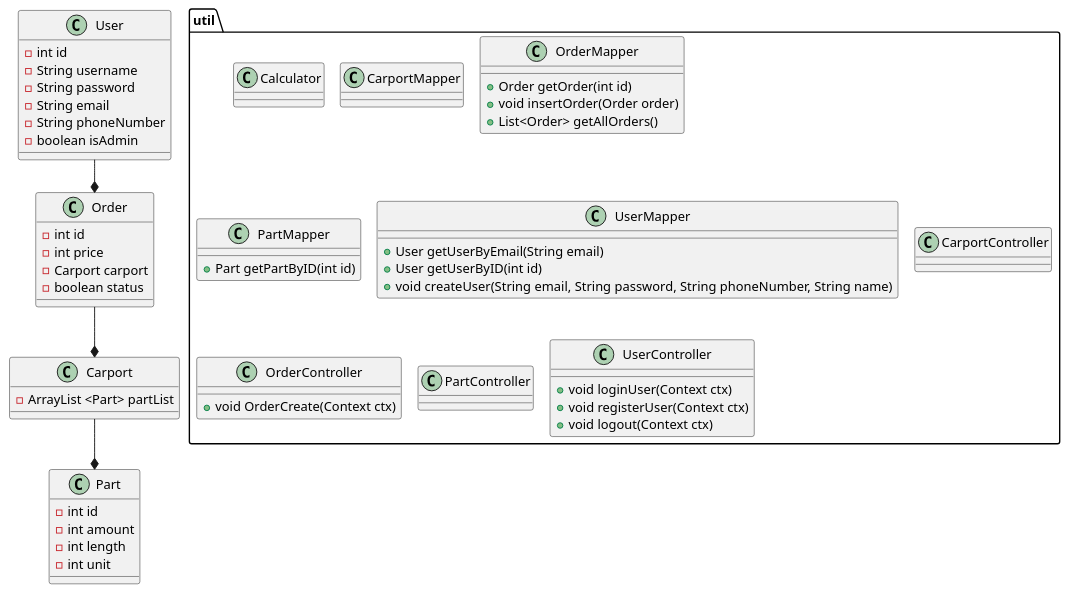
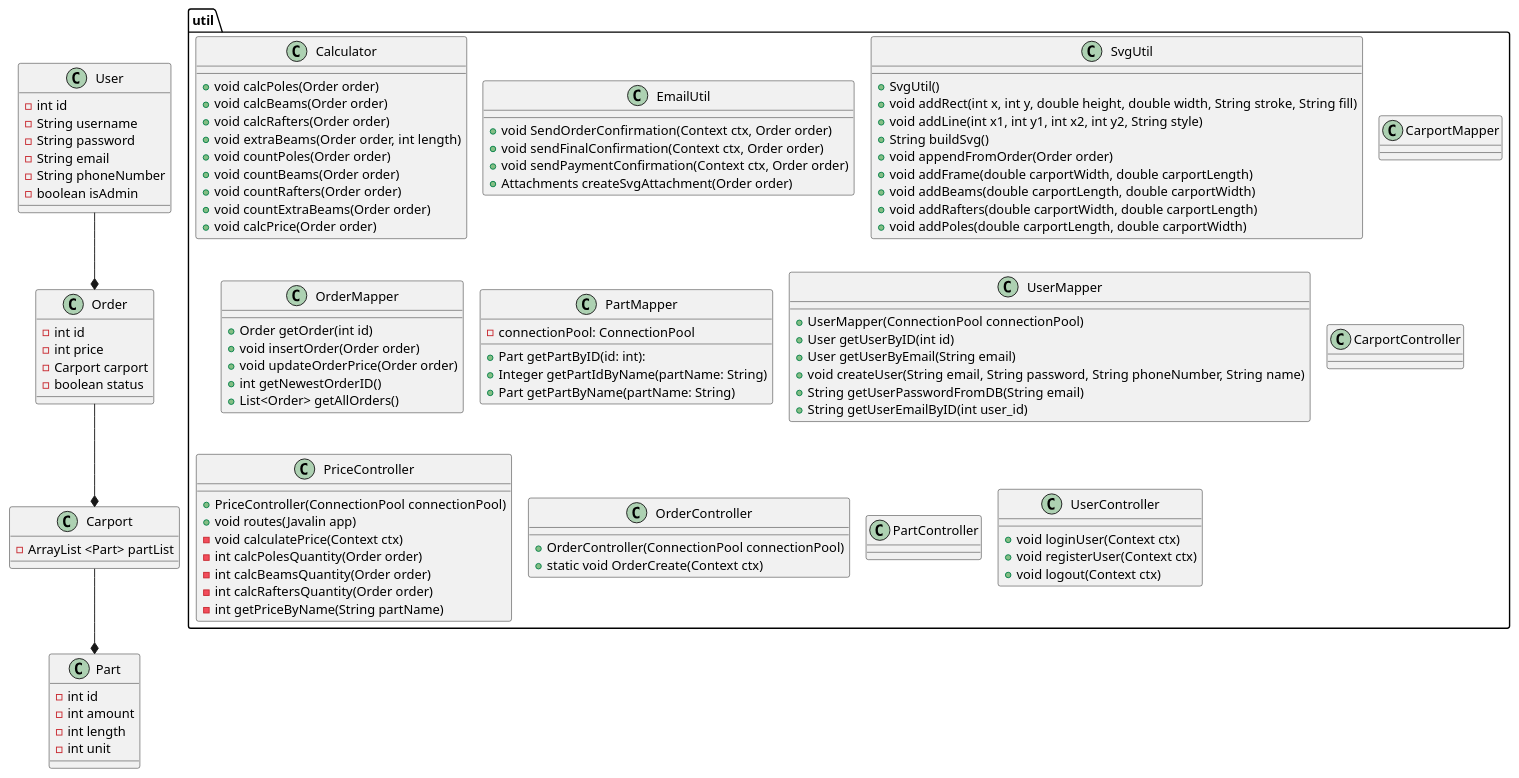
One commit to AndreasKuke/FogCarportProject changed the diagram in doc/classDiagram.puml. Above: the diagram before and after it, drawn with PlantUML. The commit also changed 1 other file, not shown here.

Commit message:
Opdateret klassediagram og færdig EmailUtil

```diff
--- a/doc/classDiagram.puml
+++ b/doc/classDiagram.puml
@@ -1,77 +1,125 @@
 @startuml
 !pragma layout smetana
 
 User --* Order
 Order --* Carport
 Carport --* Part
 
 Class User {
 - int id
 - String username
 - String password
 - String email
 - String phoneNumber
 - boolean isAdmin
 }
 
 Class Order {
 - int id
 - int price
 - Carport carport
 - boolean status
 }
 
 Class Part {
 - int id
 - int amount
 - int length
 - int unit
 }
 
 Class Carport {
 - ArrayList <Part> partList
 }
 
 Package util {
-Class Calculator
+class Calculator{
++void calcPoles(Order order)
++void calcBeams(Order order)
++void calcRafters(Order order)
++void extraBeams(Order order, int length)
++void countPoles(Order order)
++void countBeams(Order order)
++void countRafters(Order order)
++void countExtraBeams(Order order)
++void calcPrice(Order order)
+}
+
+class EmailUtil {
+    +void SendOrderConfirmation(Context ctx, Order order)
+    +void sendFinalConfirmation(Context ctx, Order order)
+    +void sendPaymentConfirmation(Context ctx, Order order)
+    +Attachments createSvgAttachment(Order order)
+}
+
+class SvgUtil {
+    +SvgUtil()
+    +void addRect(int x, int y, double height, double width, String stroke, String fill)
+    +void addLine(int x1, int y1, int x2, int y2, String style)
+    +String buildSvg()
+    +void appendFromOrder(Order order)
+    +void addFrame(double carportWidth, double carportLength)
+    +void addBeams(double carportLength, double carportWidth)
+    +void addRafters(double carportWidth, double carportLength)
+    +void addPoles(double carportLength, double carportWidth)
+}
 
 Class CarportMapper{
 
 }
 
-Class OrderMapper{
+class OrderMapper{
 +Order getOrder(int id)
 +void insertOrder(Order order)
++void updateOrderPrice(Order order)
++int getNewestOrderID()
 +List<Order> getAllOrders()
 }
 
-Class PartMapper{
-+Part getPartByID(int id)
+class PartMapper {
+  - connectionPool: ConnectionPool
+  + Part getPartByID(id: int):
+  + Integer getPartIdByName(partName: String)
+  + Part getPartByName(partName: String)
 }
 
-Class UserMapper{
-+User getUserByEmail(String email)
-+User getUserByID(int id)
-+void createUser(String email, String password, String phoneNumber, String name)
+class UserMapper {
+    +UserMapper(ConnectionPool connectionPool)
+    +User getUserByID(int id)
+    +User getUserByEmail(String email)
+    +void createUser(String email, String password, String phoneNumber, String name)
+    +String getUserPasswordFromDB(String email)
+    +String getUserEmailByID(int user_id)
 }
 
 Class CarportController{
 
 }
 
-Class OrderController{
-+void OrderCreate(Context ctx)
+class PriceController {
+    +PriceController(ConnectionPool connectionPool)
+    +void routes(Javalin app)
+    -void calculatePrice(Context ctx)
+    -int calcPolesQuantity(Order order)
+    -int calcBeamsQuantity(Order order)
+    -int calcRaftersQuantity(Order order)
+    -int getPriceByName(String partName)
+}
+
+class OrderController {
+    +OrderController(ConnectionPool connectionPool)
+    +static void OrderCreate(Context ctx)
 }
 
 Class PartController{
 
 }
 
 Class UserController{
 +void loginUser(Context ctx)
 +void registerUser(Context ctx)
 +void logout(Context ctx)
 }
 
 }
 @enduml
```
